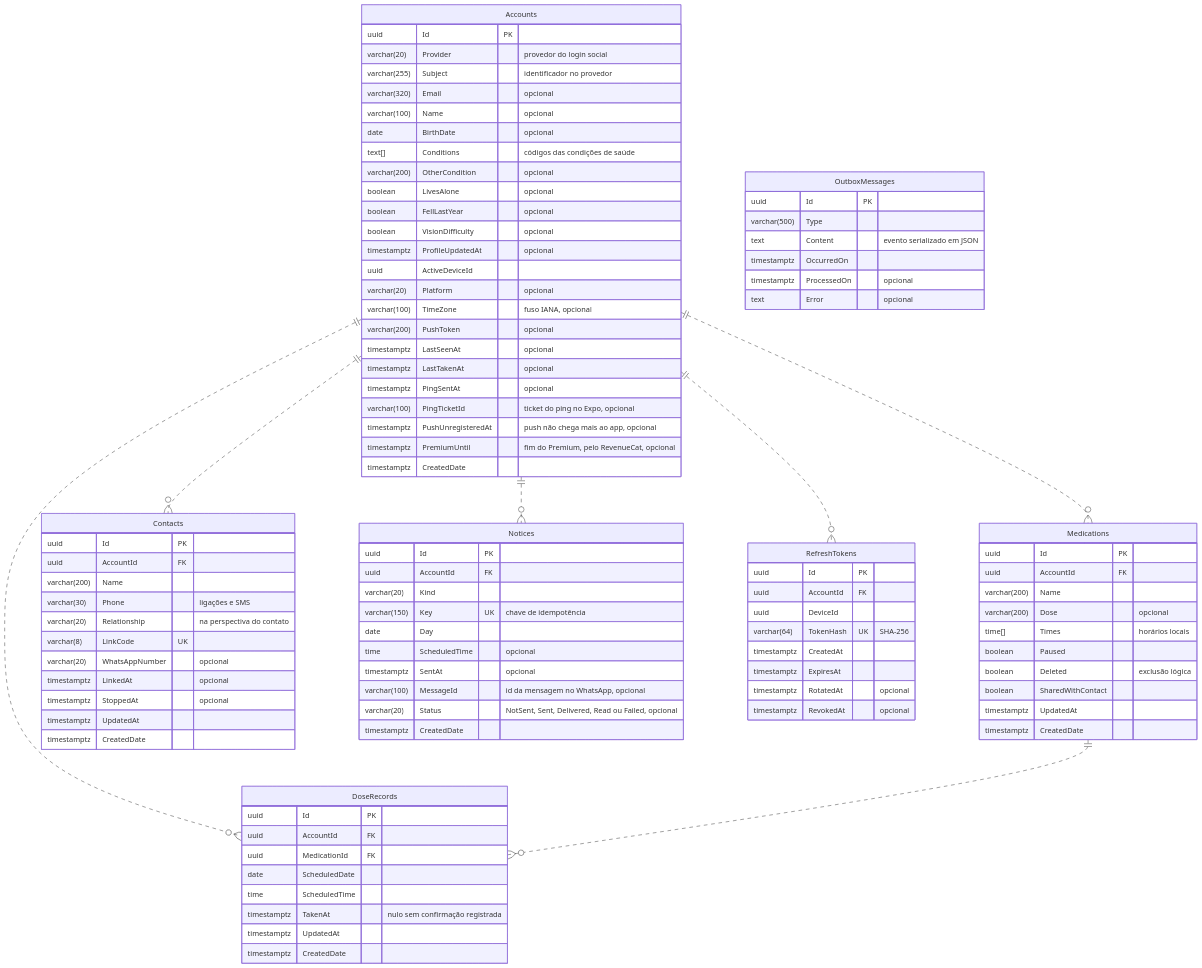
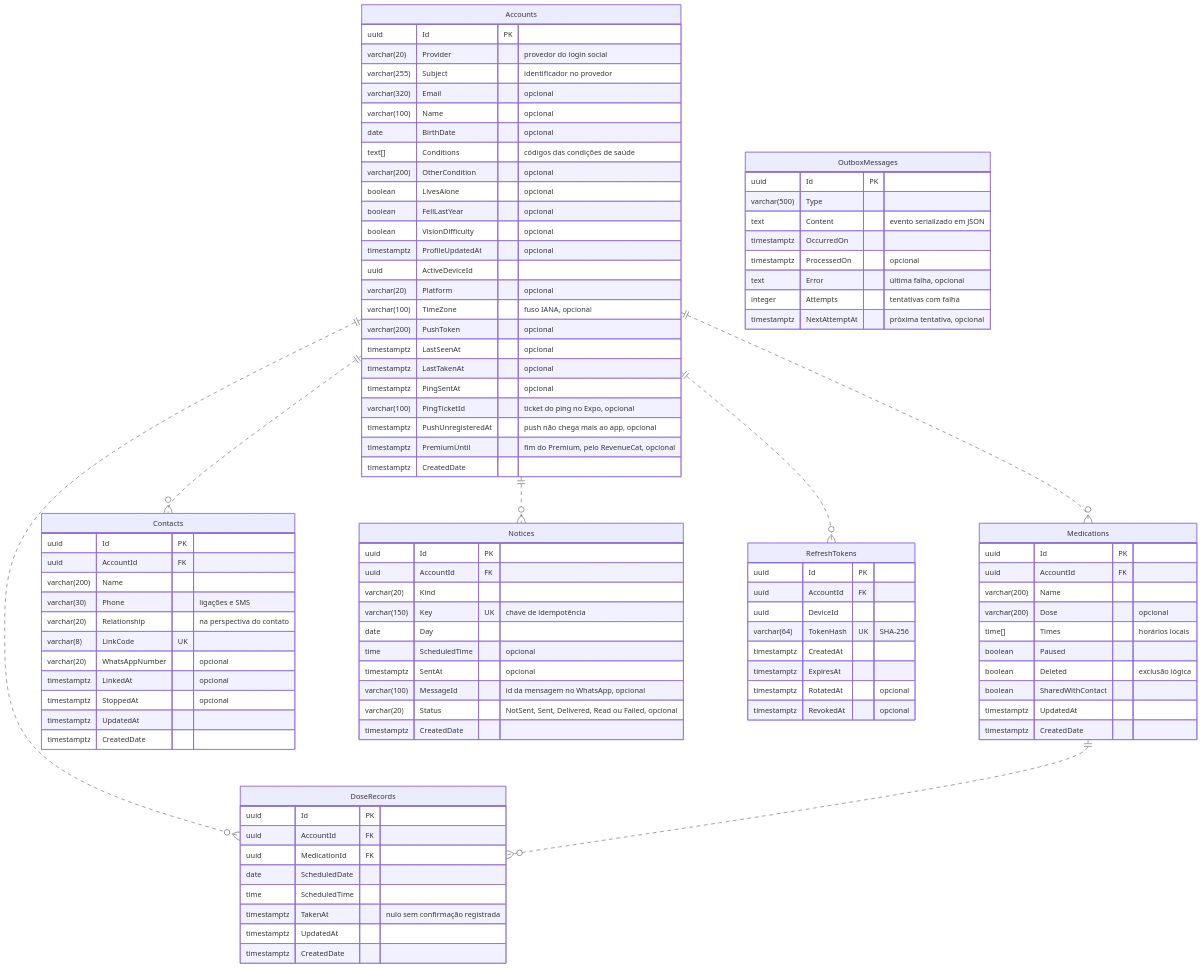
One commit to revo-solutions/cmi changed the diagram in docs/database.md. Above: the diagram before and after it, drawn with Mermaid. The commit also changed 14 other files, not shown here.

````diff
--- a/docs/database.md
+++ b/docs/database.md
@@ -106,6 +106,8 @@
         text Content "evento serializado em JSON"
         timestamptz OccurredOn
         timestamptz ProcessedOn "opcional"
-        text Error "opcional"
+        text Error "última falha, opcional"
+        integer Attempts "tentativas com falha"
+        timestamptz NextAttemptAt "próxima tentativa, opcional"
     }
 ```
````
